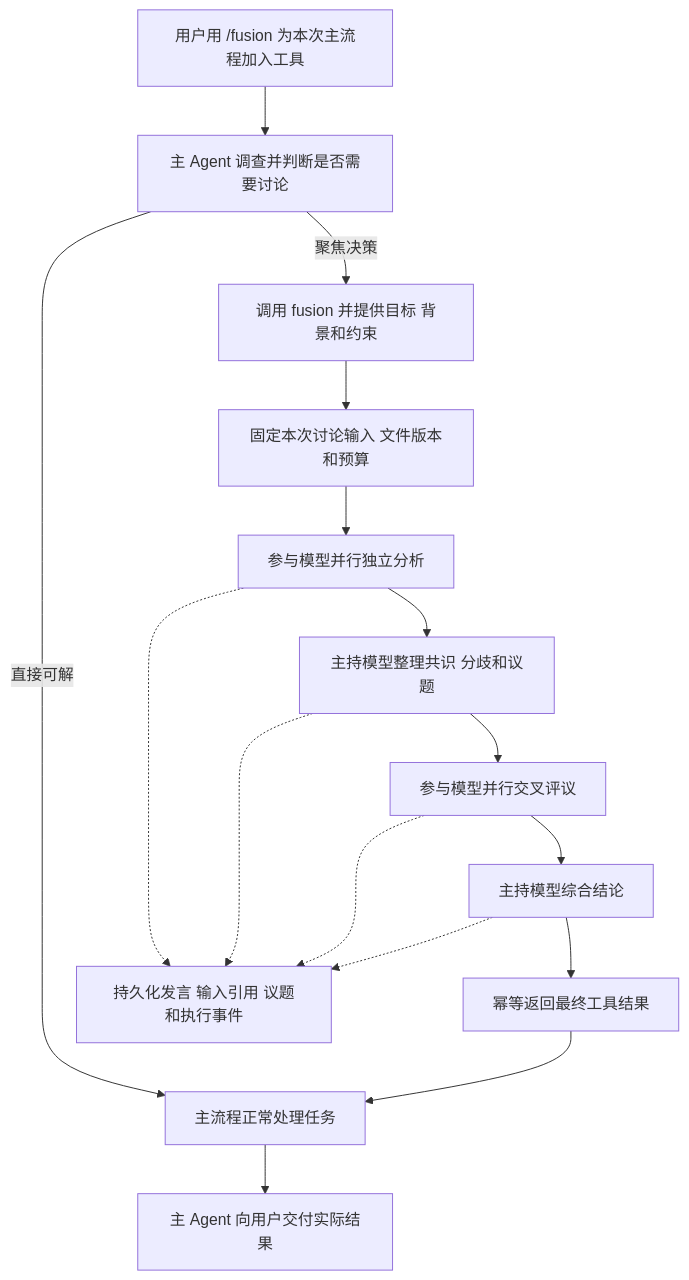
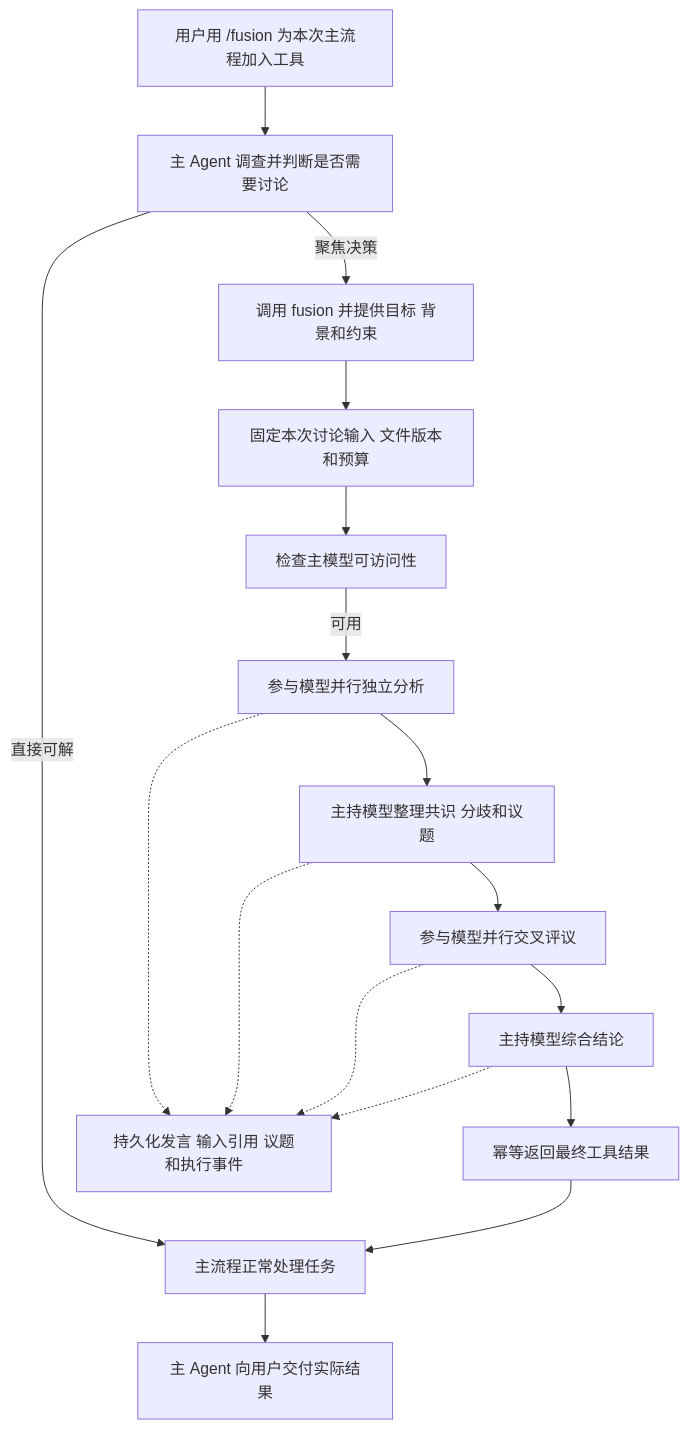
One commit to futuregene/future-os changed the diagram in docs/architecture/fusion.zh-CN.md. Above: the diagram before and after it, drawn with Mermaid. The commit also changed other lines of this file and 21 other files, not shown here.

````diff
--- a/docs/architecture/fusion.zh-CN.md
+++ b/docs/architecture/fusion.zh-CN.md
@@ -131,18 +133,19 @@
 ```mermaid
 flowchart TD
     U[用户用 /fusion 为本次主流程加入工具] --> O[主 Agent 调查并判断是否需要讨论]
     O -->|直接可解| E[主流程正常处理任务]
     O -->|聚焦决策| T[调用 fusion 并提供目标 背景和约束]
     T --> S[固定本次讨论输入 文件版本和预算]
-    S --> A[参与模型并行独立分析]
+    S --> H[检查主模型可访问性]
+    H -->|可用| A[参与模型并行独立分析]
     A --> I[主持模型整理共识 分歧和议题]
     I --> R[参与模型并行交叉评议]
     R --> F[主持模型综合结论]
     F --> P[幂等返回最终工具结果]
     P --> E
     E --> Z[主 Agent 向用户交付实际结果]
     A -.-> D[持久化发言 输入引用 议题和执行事件]
     I -.-> D
     R -.-> D
     F -.-> D
 ```
````
